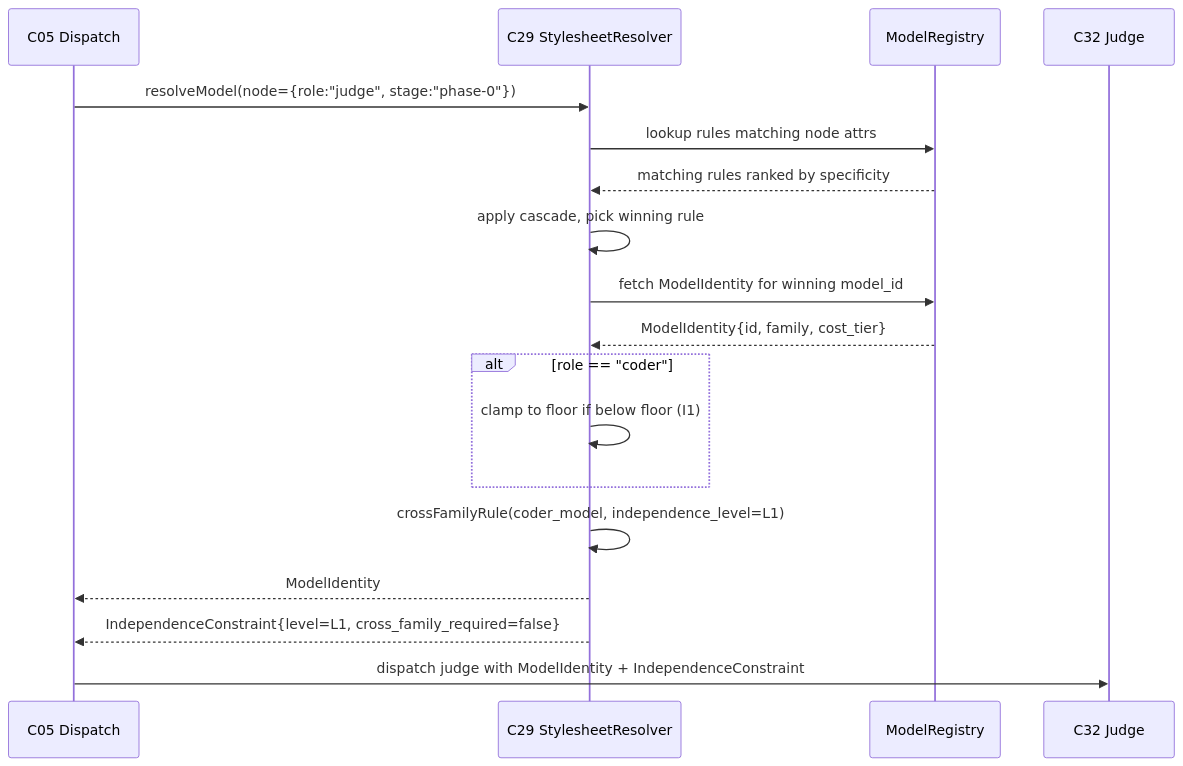
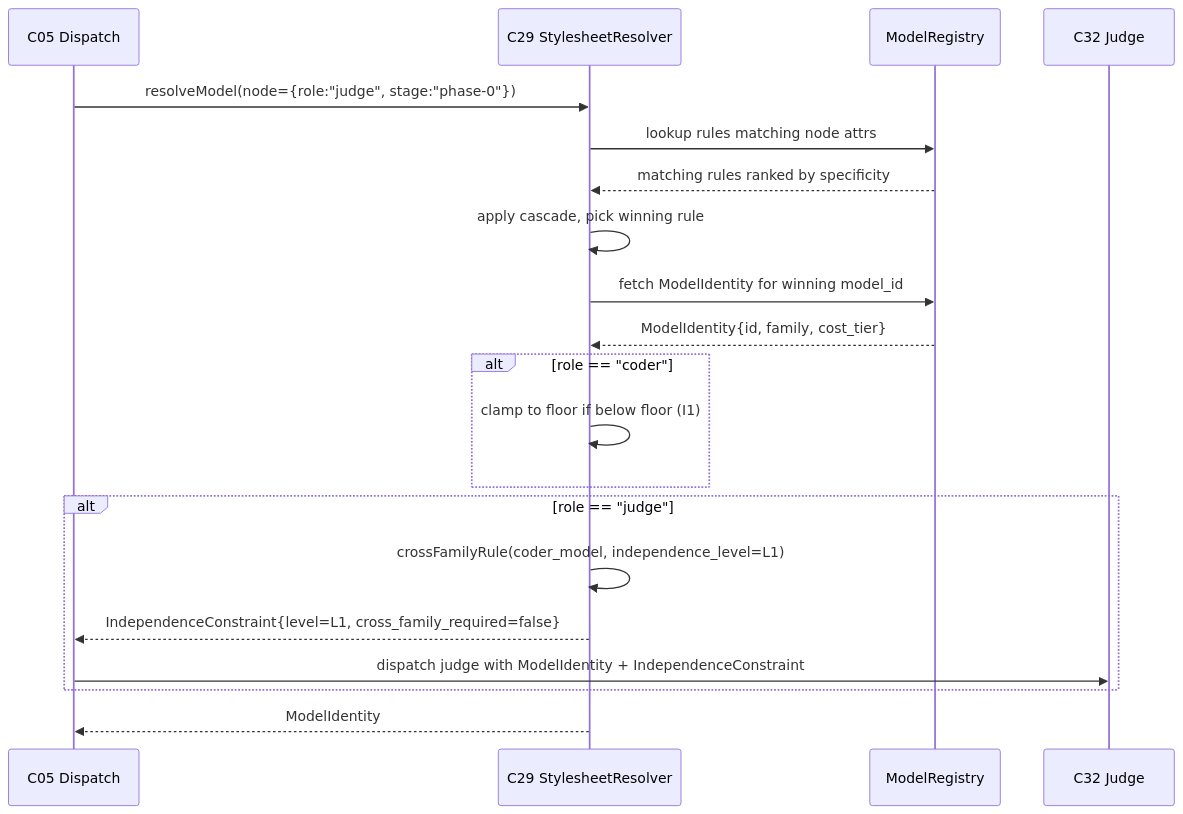
Before and after one commit to lago-morph/software-factory: the diagram in architectures/v4/spec/C29-model-floor-stylesheet.md, drawn with Mermaid. The commit also changed other lines of this file and 4 other files, not shown here.

````diff
--- a/architectures/v4/spec/C29-model-floor-stylesheet.md
+++ b/architectures/v4/spec/C29-model-floor-stylesheet.md
@@ -198,21 +198,23 @@
 ```mermaid
 sequenceDiagram
     participant Dispatch as C05 Dispatch
     participant C29 as C29 StylesheetResolver
     participant Registry as ModelRegistry
     participant C32 as C32 Judge
 
     Dispatch->>C29: resolveModel(node={role:"judge", stage:"phase-0"})
     C29->>Registry: lookup rules matching node attrs
     Registry-->>C29: matching rules ranked by specificity
     C29->>C29: apply cascade, pick winning rule
     C29->>Registry: fetch ModelIdentity for winning model_id
     Registry-->>C29: ModelIdentity{id, family, cost_tier}
     alt role == "coder"
         C29->>C29: clamp to floor if below floor (I1)
     end
-    C29->>C29: crossFamilyRule(coder_model, independence_level=L1)
+    alt role == "judge"
+        C29->>C29: crossFamilyRule(coder_model, independence_level=L1)
+        C29-->>Dispatch: IndependenceConstraint{level=L1, cross_family_required=false}
+        Dispatch->>C32: dispatch judge with ModelIdentity + IndependenceConstraint
+    end
     C29-->>Dispatch: ModelIdentity
-    C29-->>Dispatch: IndependenceConstraint{level=L1, cross_family_required=false}
-    Dispatch->>C32: dispatch judge with ModelIdentity + IndependenceConstraint
 ```
````
